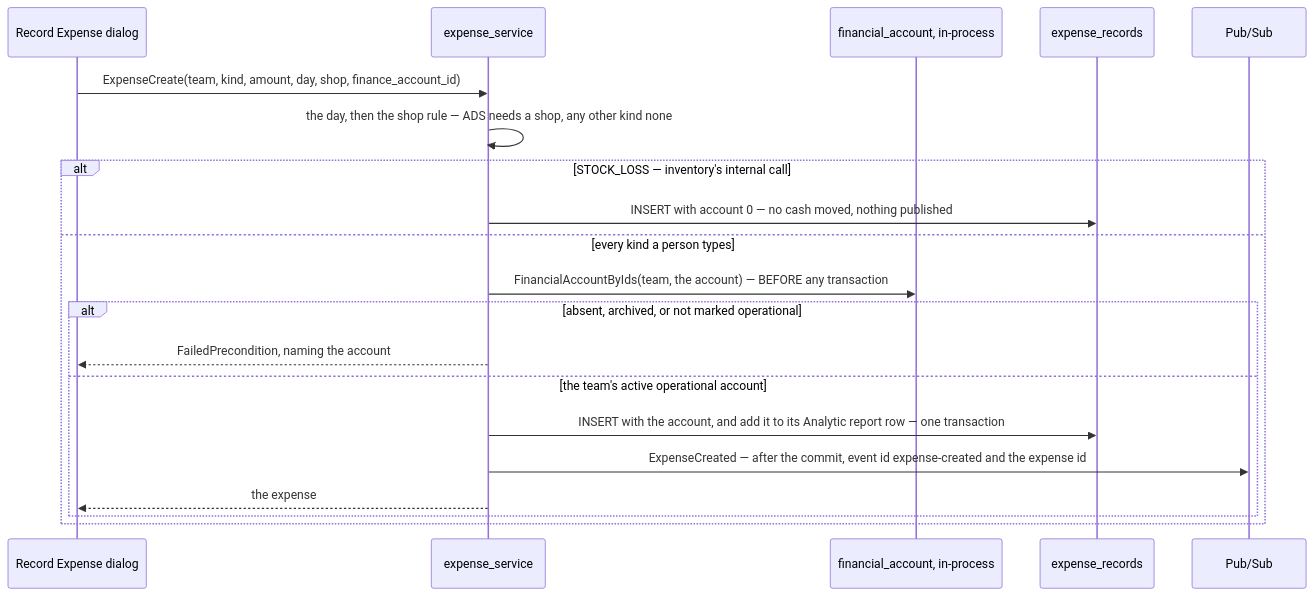
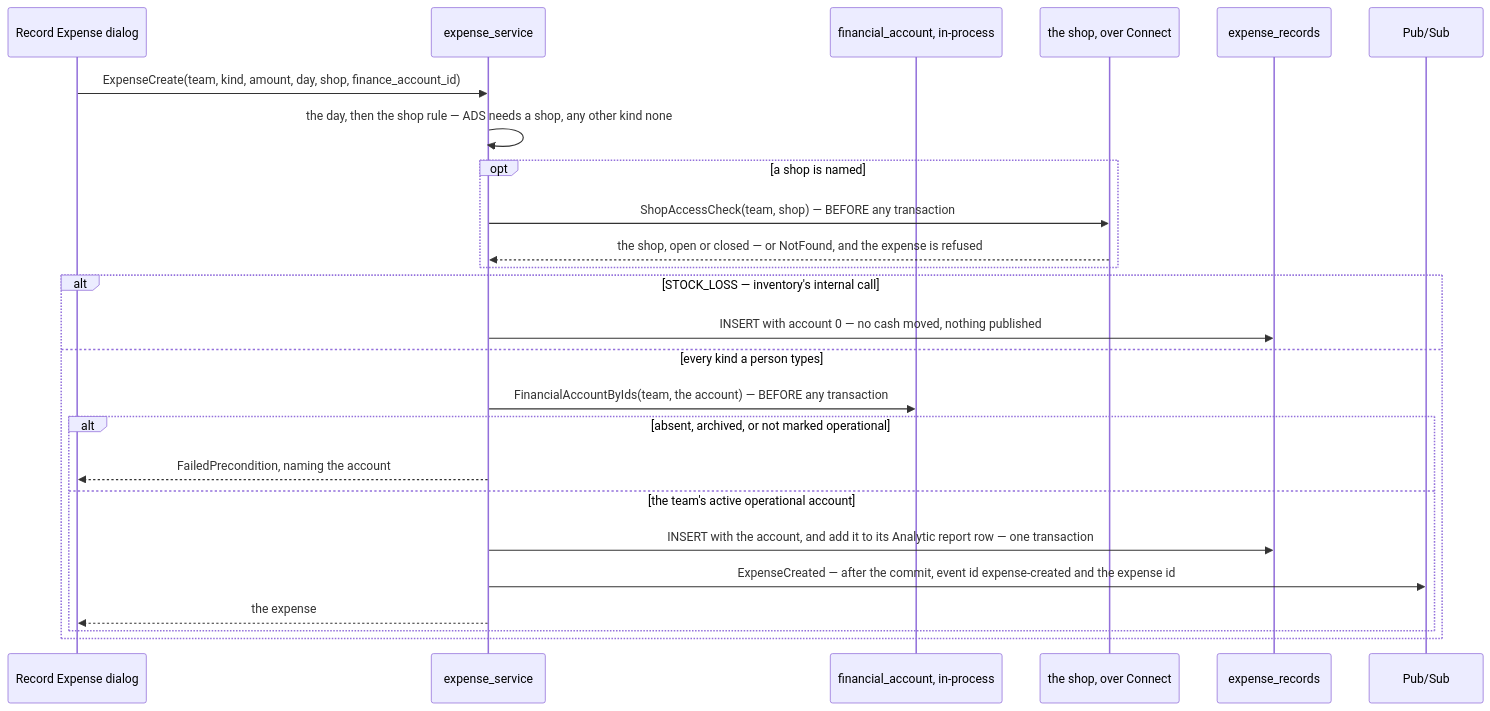
Before and after one commit to pdcgo/warehouse_revamp: the second of 5 diagrams in docs/services/expense_service/rpc.md, drawn with Mermaid. The commit also changed other lines of this file and 429 other files, not shown here.

````diff
--- a/docs/services/expense_service/rpc.md
+++ b/docs/services/expense_service/rpc.md
@@ -230,22 +230,27 @@
 ```mermaid
 sequenceDiagram
   participant UI as Record Expense dialog
   participant E as expense_service
   participant FA as financial_account, in-process
+  participant SH as the shop, over Connect
   participant DB as expense_records
   participant B as Pub/Sub
   UI->>E: ExpenseCreate(team, kind, amount, day, shop, finance_account_id)
   E->>E: the day, then the shop rule — ADS needs a shop, any other kind none
+  opt a shop is named
+    E->>SH: ShopAccessCheck(team, shop) — BEFORE any transaction
+    SH-->>E: the shop, open or closed — or NotFound, and the expense is refused
+  end
   alt STOCK_LOSS — inventory's internal call
     E->>DB: INSERT with account 0 — no cash moved, nothing published
   else every kind a person types
     E->>FA: FinancialAccountByIds(team, the account) — BEFORE any transaction
     alt absent, archived, or not marked operational
       E-->>UI: FailedPrecondition, naming the account
     else the team's active operational account
       E->>DB: INSERT with the account, and add it to its Analytic report row — one transaction
       E->>B: ExpenseCreated — after the commit, event id expense-created and the expense id
       E-->>UI: the expense
     end
   end
 ```
````
